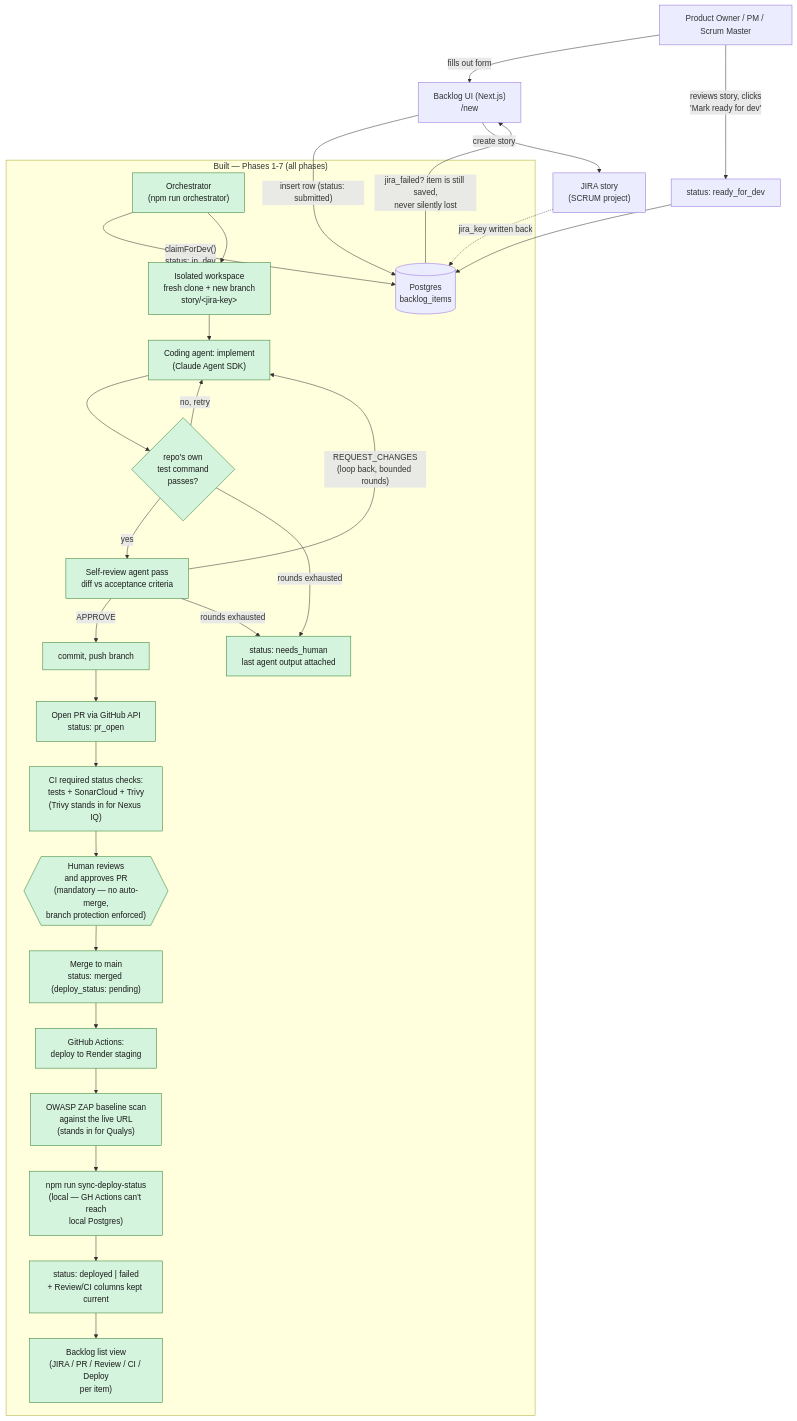
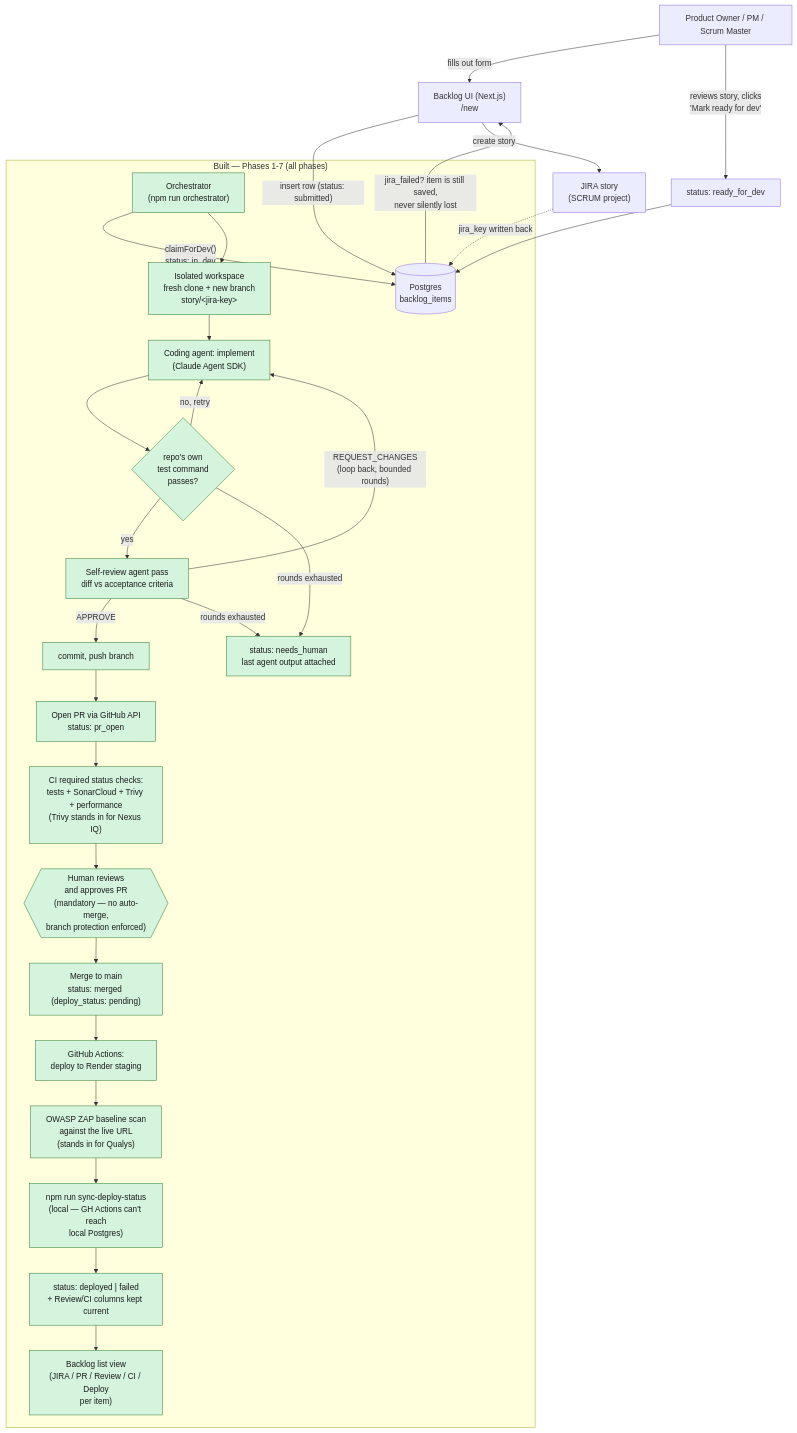
One commit to umahanish/ai-delivery-pipeline changed the diagram in README.md. Above: the diagram before and after it, drawn with Mermaid. The commit also changed other lines of this file and 3 other files, not shown here.

````diff
--- a/README.md
+++ b/README.md
@@ -109,36 +114,36 @@
 ```mermaid
 flowchart TD
     PM["Product Owner / PM / Scrum Master"] -->|fills out form| UI["Backlog UI (Next.js)\n/new"]
     UI -->|"insert row (status: submitted)"| DB[(Postgres\nbacklog_items)]
     UI -->|create story| JIRA["JIRA story\n(SCRUM project)"]
     JIRA -.->|jira_key written back| DB
     DB -->|"jira_failed? item is still saved,\nnever silently lost"| UI
 
     PM -->|"reviews story, clicks\n'Mark ready for dev'"| READY["status: ready_for_dev"]
     READY --> DB
 
     subgraph BUILT["Built — Phases 1-7 (all phases)"]
         ORCH["Orchestrator\n(npm run orchestrator)"] -->|"claimForDev()\nstatus: in_dev"| DB
         ORCH --> WS["Isolated workspace\nfresh clone + new branch\nstory/&lt;jira-key&gt;"]
         WS --> IMPL["Coding agent: implement\n(Claude Agent SDK)"]
         IMPL --> TEST{"repo's own\ntest command\npasses?"}
         TEST -- no, retry --> IMPL
         TEST -- yes --> REVIEW["Self-review agent pass\ndiff vs acceptance criteria"]
         REVIEW -- "REQUEST_CHANGES\n(loop back, bounded rounds)" --> IMPL
         REVIEW -- APPROVE --> PUSH["commit, push branch"]
         PUSH --> PR["Open PR via GitHub API\nstatus: pr_open"]
         TEST -- "rounds exhausted" --> STUCK["status: needs_human\nlast agent output attached"]
         REVIEW -- "rounds exhausted" --> STUCK
-        PR --> CI["CI required status checks:\ntests + SonarCloud + Trivy\n(Trivy stands in for Nexus IQ)"]
+        PR --> CI["CI required status checks:\ntests + SonarCloud + Trivy + performance\n(Trivy stands in for Nexus IQ)"]
         CI --> GATE{{"Human reviews\nand approves PR\n(mandatory — no auto-merge,\nbranch protection enforced)"}}
         GATE --> MERGE["Merge to main\nstatus: merged (deploy_status: pending)"]
         MERGE --> DEPLOY["GitHub Actions:\ndeploy to Render staging"]
         DEPLOY --> ZAP["OWASP ZAP baseline scan\nagainst the live URL\n(stands in for Qualys)"]
         ZAP --> SYNC["npm run sync-deploy-status\n(local — GH Actions can't reach\nlocal Postgres)"]
         SYNC --> DONE["status: deployed | failed\n+ Review/CI columns kept current"]
         DONE --> UI2["Backlog list view\n(JIRA / PR / Review / CI / Deploy\nper item)"]
     end
 
     classDef built fill:#d4f4dd,stroke:#2e7d32,color:#1b1b1b;
     class ORCH,WS,IMPL,TEST,REVIEW,PUSH,PR,STUCK,CI,GATE,MERGE,DEPLOY,ZAP,SYNC,DONE,UI2 built;
 ```
````
